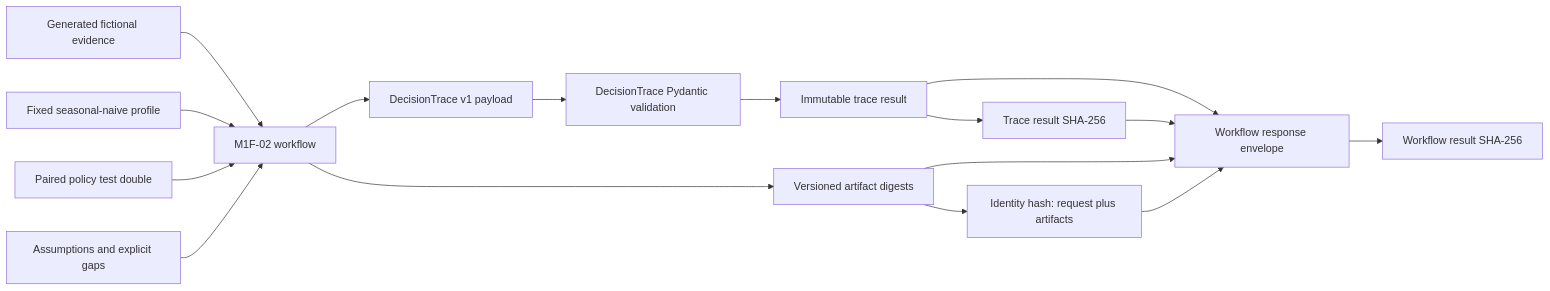
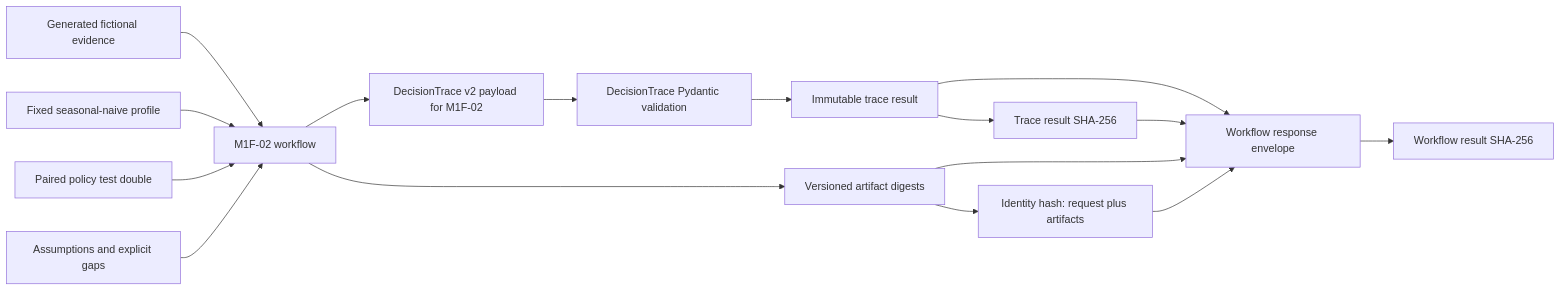
The diagram in docs/engineering/DECISION_TRACE_RESULT.md (GustavoMFDS/MirrorMind), drawn with Mermaid before and after one commit. The commit also changed other lines of this file and 24 other files, not shown here.

````diff
--- a/docs/engineering/DECISION_TRACE_RESULT.md
+++ b/docs/engineering/DECISION_TRACE_RESULT.md
@@ -30,18 +31,18 @@
 ```mermaid
 flowchart LR
   E[Generated fictional evidence] --> W[M1F-02 workflow]
   F[Fixed seasonal-naive profile] --> W
   S[Paired policy test double] --> W
   A[Assumptions and explicit gaps] --> W
-  W --> P[DecisionTrace v1 payload]
+  W --> P[DecisionTrace v2 payload for M1F-02]
   P --> V[DecisionTrace Pydantic validation]
   V --> R[Immutable trace result]
   R --> H[Trace result SHA-256]
   W --> D[Versioned artifact digests]
   D --> I[Identity hash: request plus artifacts]
   R --> O[Workflow response envelope]
   H --> O
   D --> O
   I --> O
   O --> Q[Workflow result SHA-256]
 ```
````
